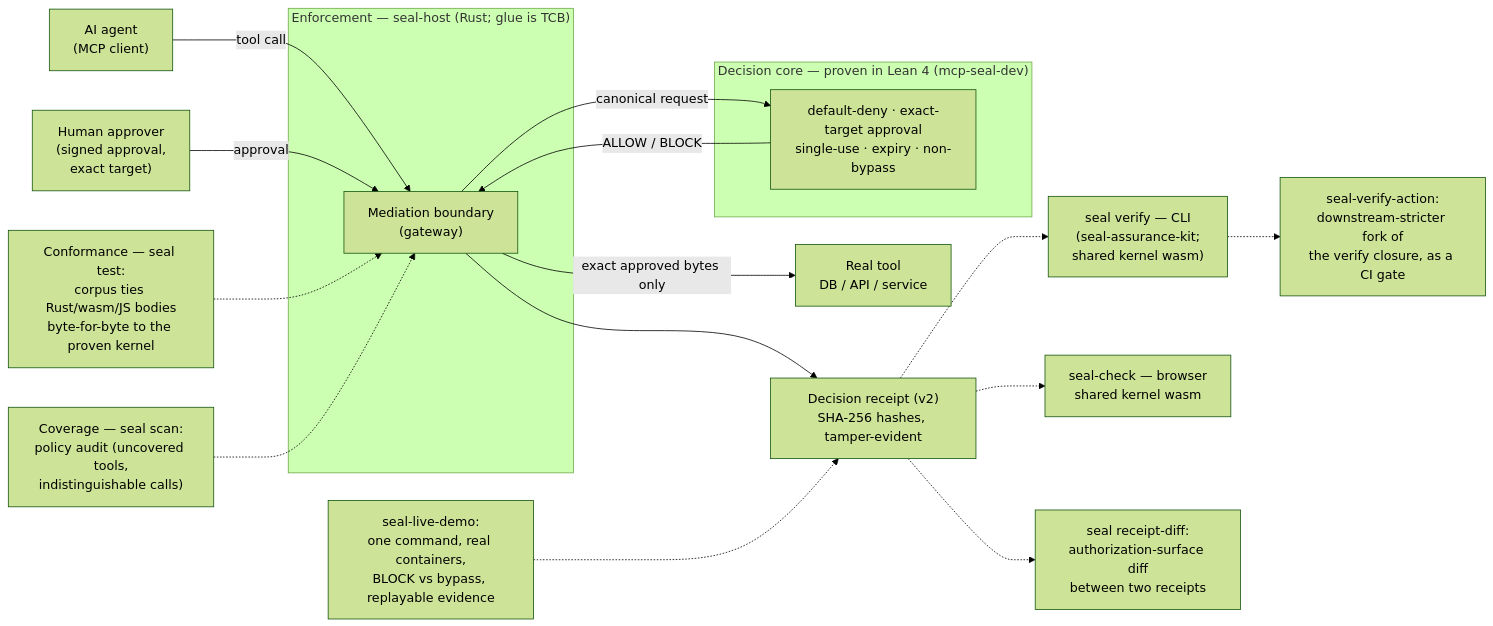
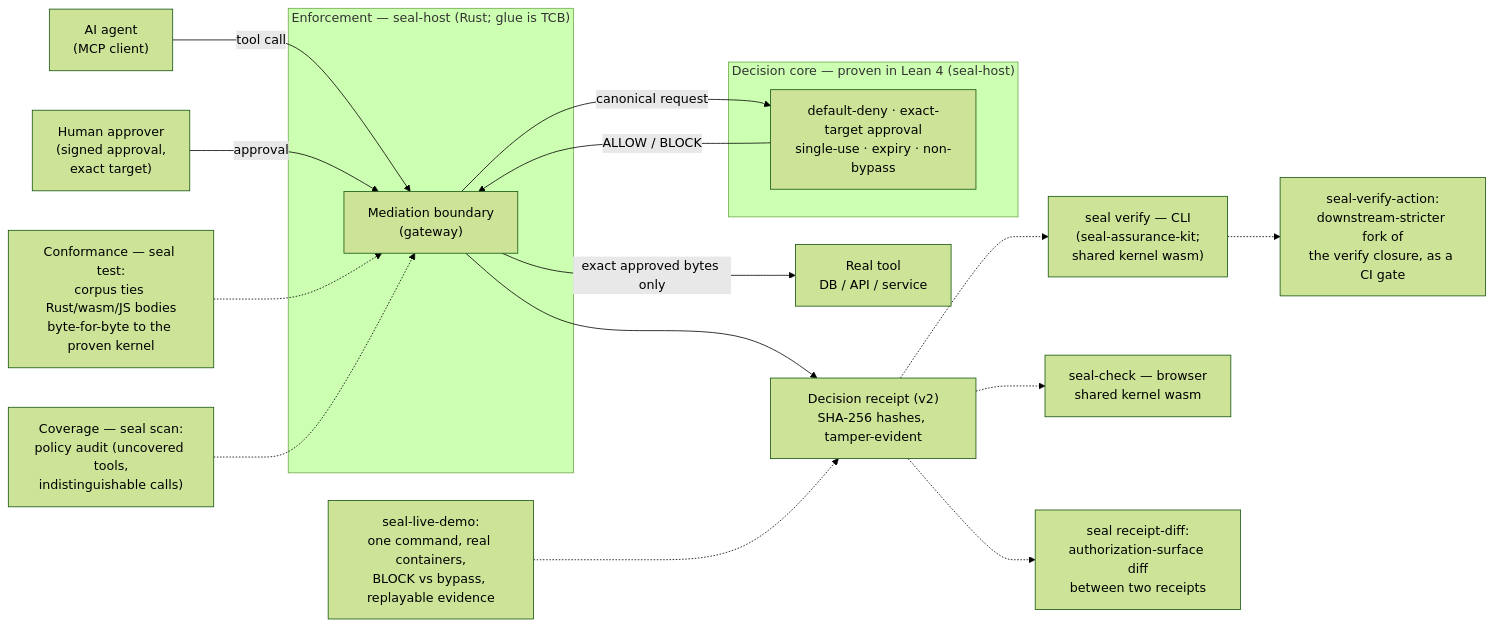
The second of 2 diagrams in docs/assurance/architecture.md (velvetmonkey/seal), drawn with Mermaid (forest theme) before and after one commit. The commit also changed other lines of this file and 6 other files, not shown here.

````diff
--- a/docs/assurance/architecture.md
+++ b/docs/assurance/architecture.md
@@ -55,32 +55,32 @@
 ```mermaid
 flowchart LR
     agent["AI agent\n(MCP client)"]
     human["Human approver\n(signed approval,\nexact target)"]
     tool["Real tool\nDB / API / service"]
 
     subgraph host["Enforcement — seal-host (Rust; glue is TCB)"]
         gw["Mediation boundary\n(gateway)"]
     end
 
-    subgraph kernel["Decision core — proven in Lean 4 (mcp-seal-dev)"]
+    subgraph kernel["Decision core — proven in Lean 4 (seal-host)"]
         core["default-deny · exact-target approval\nsingle-use · expiry · non-bypass"]
     end
 
     agent -->|tool call| gw
     human -->|approval| gw
     gw -->|canonical request| core
     core -->|ALLOW / BLOCK| gw
     gw -->|exact approved bytes only| tool
 
     receipt["Decision receipt (v2)\nSHA-256 hashes, tamper-evident"]
     gw --> receipt
     receipt -.-> verify["seal verify — CLI\n(seal-assurance-kit;\nshared kernel wasm)"]
     receipt -.-> browser["seal-check — browser\nshared kernel wasm"]
     receipt -.-> rdiff["seal receipt-diff:\nauthorization-surface diff\nbetween two receipts"]
     verify -.-> action["seal-verify-action:\ndownstream-stricter fork of\nthe verify closure, as a CI gate"]
 
     conf["Conformance — seal test:\ncorpus ties Rust/wasm/JS bodies\nbyte-for-byte to the proven kernel"] -.-> gw
     scan["Coverage — seal scan:\npolicy audit (uncovered tools,\nindistinguishable calls)"] -.-> gw
 
     demo["seal-live-demo:\none command, real containers,\nBLOCK vs bypass, replayable evidence"] -.-> receipt
 ```
````
